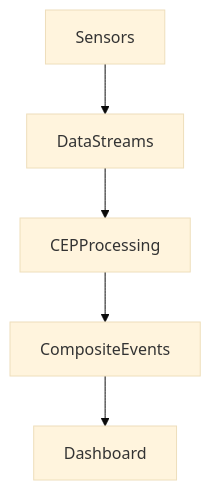
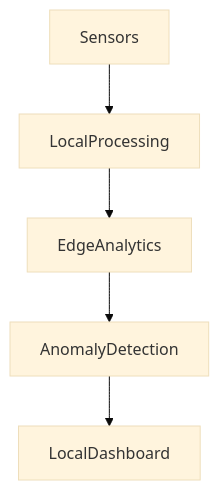
One commit to kto-to20/practica14-2 changed the second of 2 diagrams in README.md. Above: the diagram before and after it, drawn with Mermaid (base theme). The commit also changed other lines of this file and 31 other files, not shown here.

Commit message:
Edge Computing IoT Analytics using OpenHAB

````diff
--- a/README.md
+++ b/README.md
@@ -128,8 +129,8 @@
 ```mermaid
 graph TD
 
-Sensors --> DataStreams
-DataStreams --> CEPProcessing
-CEPProcessing --> CompositeEvents
-CompositeEvents --> Dashboard
+Sensors --> LocalProcessing
+LocalProcessing --> EdgeAnalytics
+EdgeAnalytics --> AnomalyDetection
+AnomalyDetection --> LocalDashboard
 ```
````
